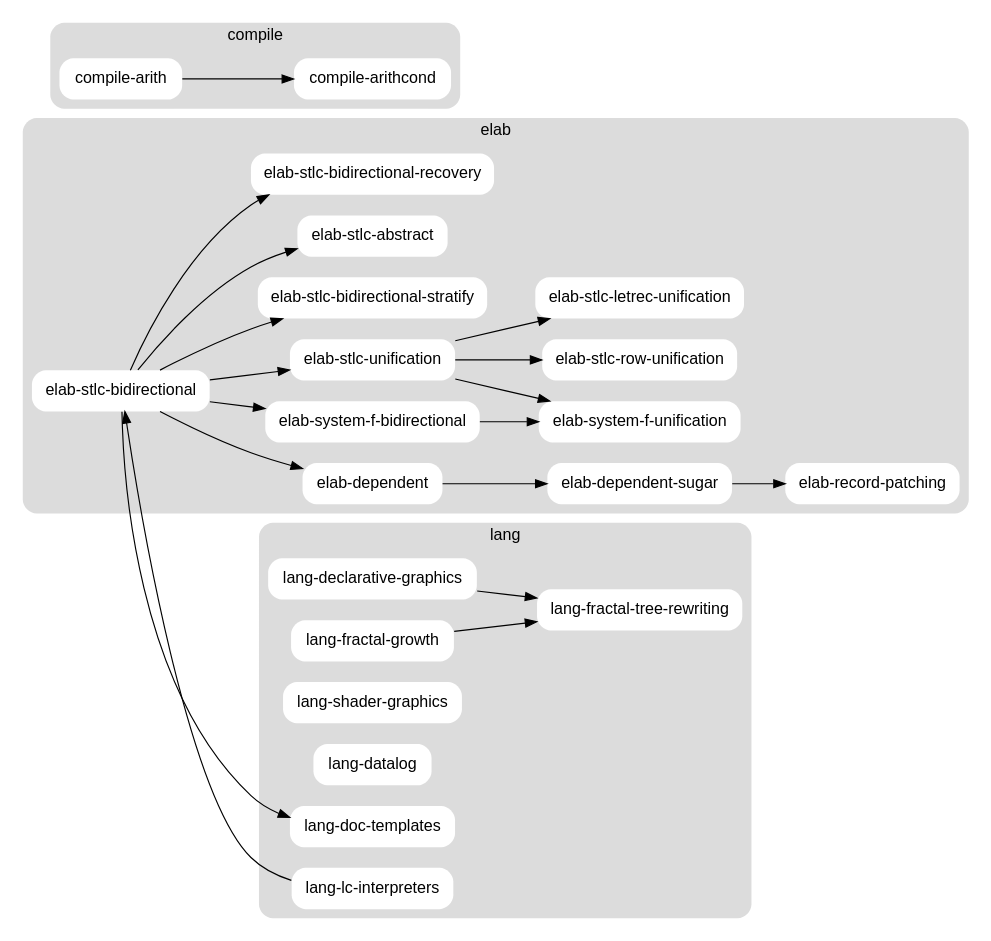
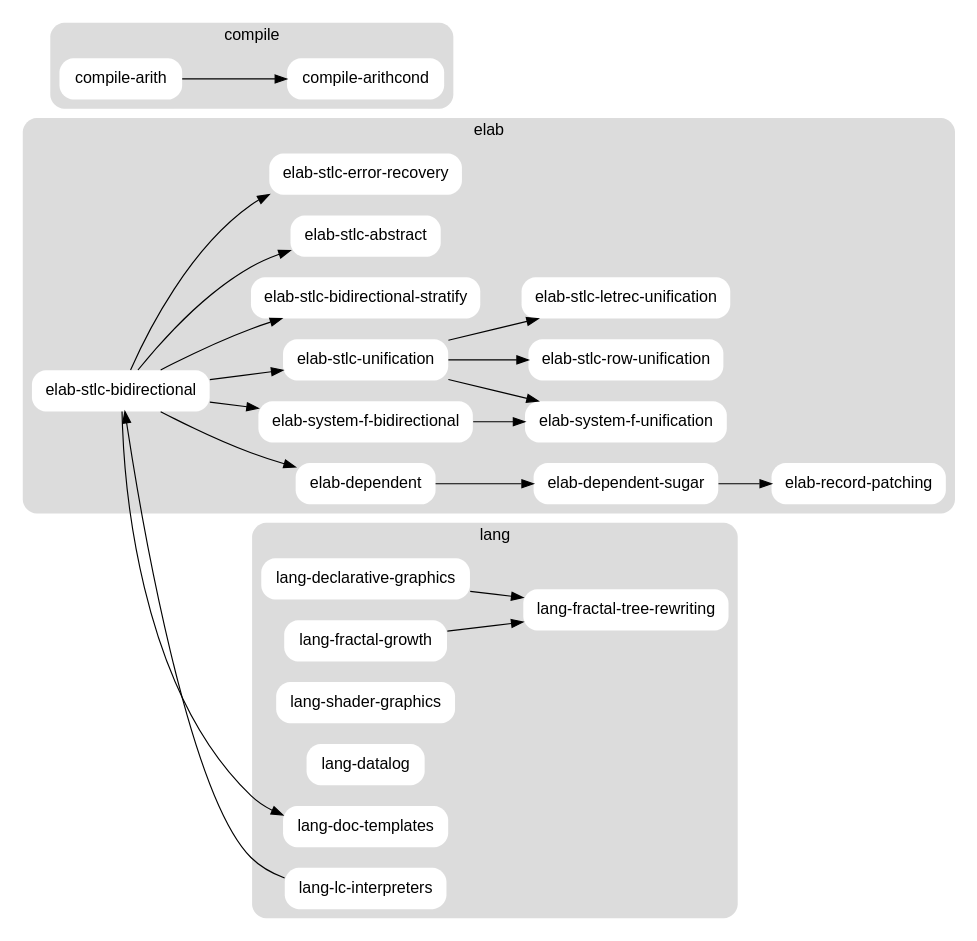
The diagram in garden.dot (brendanzab/language-garden), drawn with Graphviz before and after one commit. The commit also changed 20 other files, not shown here.

First line of the commit message:
change(elab-stlc-error-recovery): Rename project

```diff
--- a/garden.dot
+++ b/garden.dot
@@ -1,82 +1,82 @@
 // dot -Tsvg garden.dot > garden.svg
 // dot -Tpng garden.dot | imgcat
 
 digraph garden {
 
   graph [
     color = "none",
     fillcolor = "gainsboro",
     fontname = "Helvetica,Arial,sans-serif",
     rankdir = LR,
     style = "filled, rounded",
   ];
 
   node [
     color = "none",
     fillcolor = "white",
     fontname = "Helvetica,Arial,sans-serif",
     margin = "0.2, 0.0",
     shape = "box",
     style = "filled, rounded",
   ];
 
   subgraph elab {
     label = "elab";
     cluster = true;
 
     "elab-dependent";
     "elab-dependent-sugar";
     "elab-record-patching";
 
     "elab-system-f-bidirectional";
     "elab-system-f-unification";
 
     "elab-stlc-bidirectional";
     "elab-stlc-unification";
     "elab-stlc-bidirectional-stratify";
     "elab-stlc-abstract";
     "elab-stlc-row-unification";
     "elab-stlc-letrec-unification";
-    "elab-stlc-bidirectional-recovery";
+    "elab-stlc-error-recovery";
   }
 
   subgraph compile {
     label = "compile";
     cluster = true;
 
     "compile-arith";
     "compile-arithcond";
   }
 
   subgraph lang {
     label = "lang";
     cluster = true;
 
     "lang-declarative-graphics";
     "lang-fractal-growth";
     "lang-fractal-tree-rewriting";
     "lang-shader-graphics";
     "lang-datalog";
     "lang-doc-templates";
     "lang-lc-interpreters";
   }
 
-  "elab-stlc-bidirectional" -> "elab-stlc-bidirectional-recovery";
+  "elab-stlc-bidirectional" -> "elab-stlc-error-recovery";
   "elab-stlc-bidirectional" -> "elab-stlc-bidirectional-stratify";
   "elab-stlc-bidirectional" -> "elab-stlc-unification";
   "elab-stlc-bidirectional" -> "elab-stlc-abstract";
   "elab-stlc-bidirectional" -> "elab-system-f-bidirectional";
   "elab-stlc-bidirectional" -> "elab-dependent";
   "elab-stlc-bidirectional" -> "lang-doc-templates";
   "elab-stlc-unification" -> "elab-stlc-letrec-unification";
   "elab-stlc-unification" -> "elab-stlc-row-unification";
   "elab-stlc-unification" -> "elab-system-f-unification";
   "elab-system-f-bidirectional" -> "elab-system-f-unification";
   "elab-dependent" -> "elab-dependent-sugar";
   "elab-dependent-sugar" -> "elab-record-patching";
   "compile-arith" -> "compile-arithcond";
   "lang-lc-interpreters" -> "elab-stlc-bidirectional";
   "lang-fractal-growth" -> "lang-fractal-tree-rewriting";
   "lang-declarative-graphics" -> "lang-fractal-tree-rewriting";
 
 }
```
